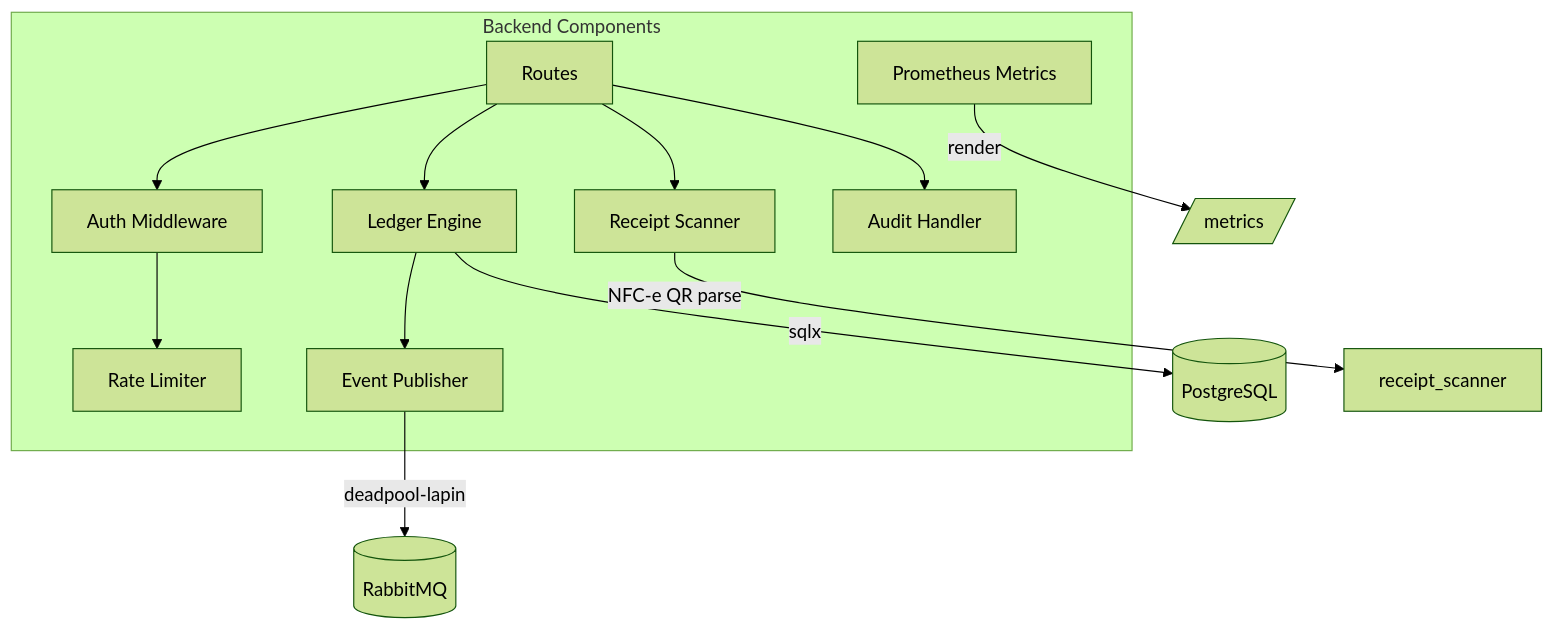
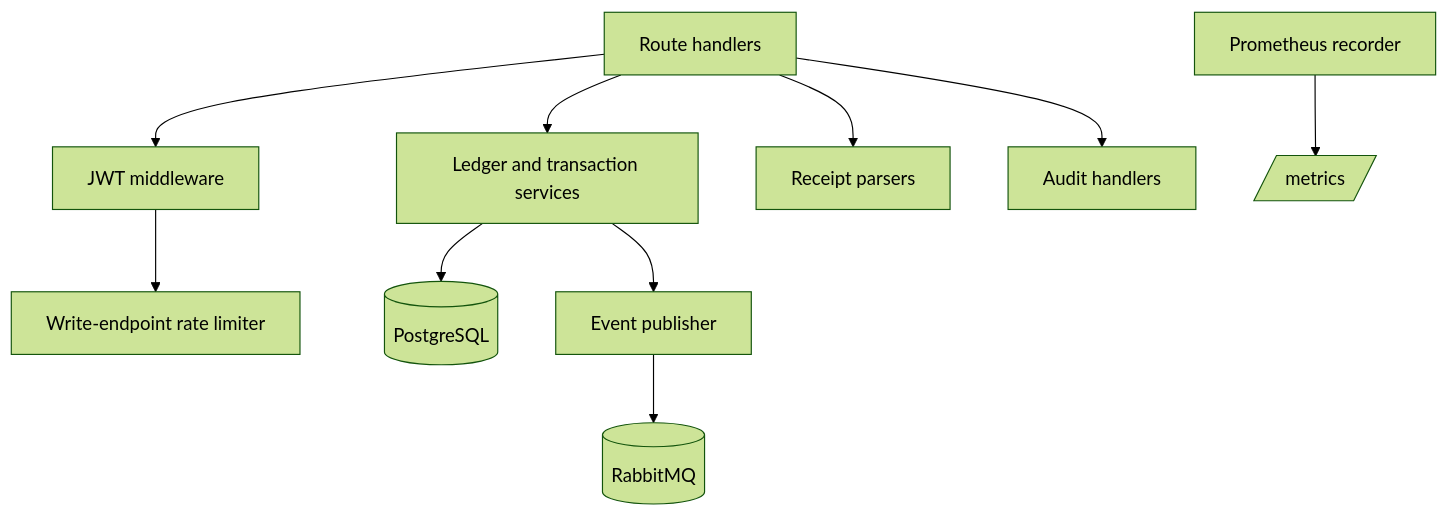
One commit to diegobraga92/PudimFinance changed the third of 3 diagrams in docs/architecture-c4.md. Above: the diagram before and after it, drawn with Mermaid (forest theme). The commit also changed other lines of this file and 69 other files, not shown here.

````diff
--- a/docs/architecture-c4.md
+++ b/docs/architecture-c4.md
@@ -54,23 +47,12 @@
 ```mermaid
 graph TB
-    subgraph Backend Components
-        Routes[Routes]
-        AuthMW[Auth Middleware]
-        RateLimit[Rate Limiter]
-        Ledger[Ledger Engine]
-        Receipts[Receipt Scanner]
-        Events[Event Publisher]
-        Audit[Audit Handler]
-        Metrics[Prometheus Metrics]
-    end
-    Routes --> AuthMW
-    AuthMW --> RateLimit
-    Routes --> Ledger
-    Routes --> Receipts
-    Routes --> Audit
-    Ledger --> Events
-    Events -->|deadpool-lapin| RMQ[(RabbitMQ)]
-    Ledger -->|sqlx| PG[(PostgreSQL)]
-    Receipts -->|NFC-e QR parse| ReceiptEngine[receipt_scanner]
-    Metrics -->|render| Prom[/metrics/]
+    Routes[Route handlers] --> Auth[JWT middleware]
+    Auth --> Rate[Write-endpoint rate limiter]
+    Routes --> Ledger[Ledger and transaction services]
+    Routes --> Receipts[Receipt parsers]
+    Routes --> Audit[Audit handlers]
+    Ledger --> PG[(PostgreSQL)]
+    Ledger --> Events[Event publisher]
+    Events --> RMQ[(RabbitMQ)]
+    Metrics[Prometheus recorder] --> Prom[/metrics/]
 ```
````
